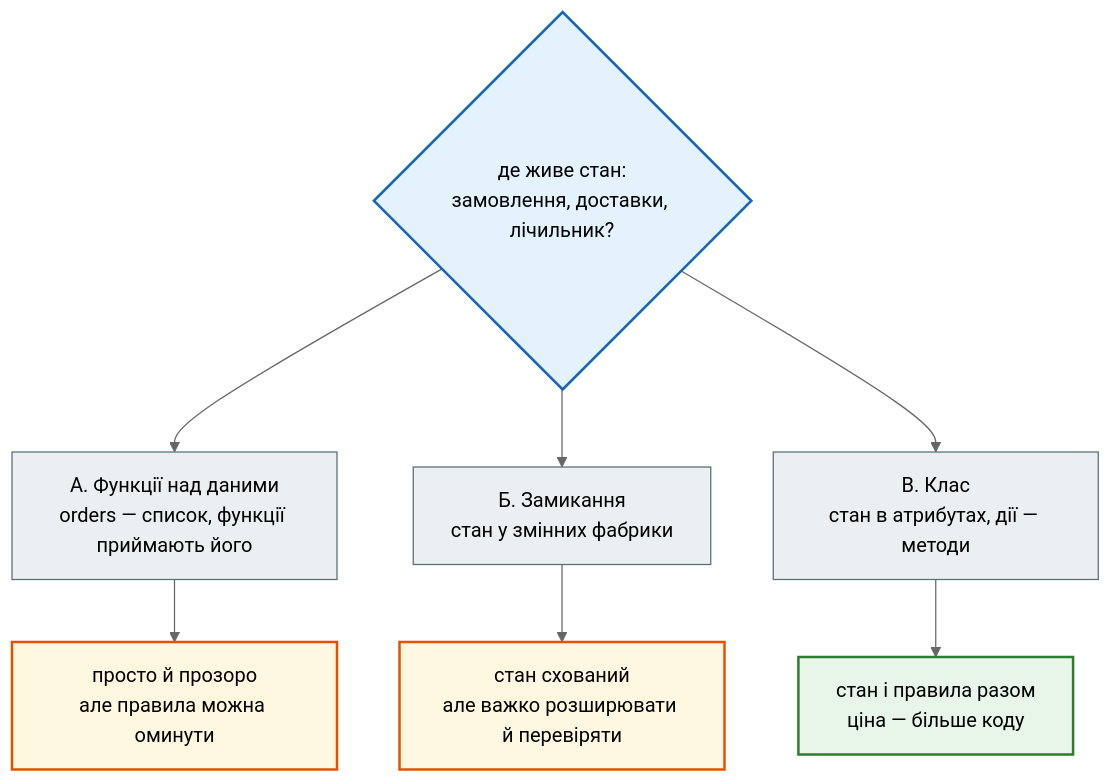
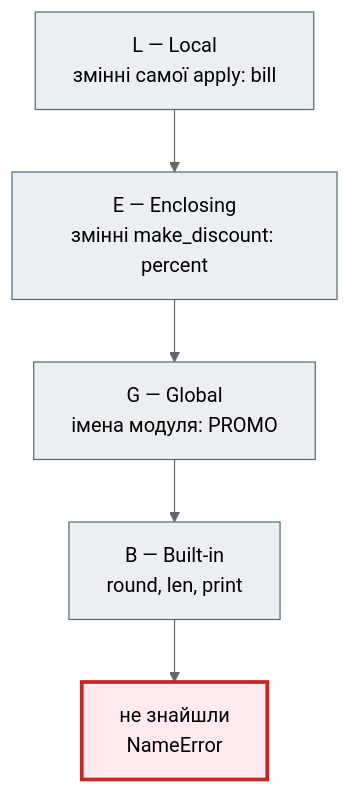
One commit to AlinaRadchenko/PY-Course-Victor-Nikoriak-22-09-2026 changed the first of 2 diagrams in docs/modules/m2/lesson_19.md. Above: the diagram before and after it, drawn with Mermaid (neutral theme). The commit also changed other lines of this file and 1846 other files, not shown here.

````diff
--- a/docs/modules/m2/lesson_19.md
+++ b/docs/modules/m2/lesson_19.md
@@ -408,21 +283,16 @@
 ```mermaid
 flowchart TD
     classDef step     fill:#eceff1,stroke:#546e7a,stroke-width:1px;
     classDef decision fill:#e3f2fd,stroke:#1565c0,stroke-width:2px;
     classDef success  fill:#e8f5e9,stroke:#2e7d32,stroke-width:2px;
     classDef error    fill:#ffebee,stroke:#c62828,stroke-width:3px;
     classDef warning  fill:#fff8e1,stroke:#e65100,stroke-width:2px;
 
-    Q{"де живе стан:<br>замовлення, доставки, лічильник?"}
-    Q --> A["А. Функції над даними<br>orders — список, функції приймають його"]
-    Q --> B["Б. Замикання<br>стан у змінних фабрики"]
-    Q --> C["В. Клас<br>стан в атрибутах, дії — методи"]
-    A --> A1["просто й прозоро<br>але правила можна оминути"]
-    B --> B1["стан схований<br>але важко розширювати й перевіряти"]
-    C --> C1["стан і правила разом<br>ціна — більше коду"]
+    L["L — Local<br>змінні самої apply: bill"] --> E["E — Enclosing<br>змінні make_discount: percent"]
+    E --> G["G — Global<br>імена модуля: PROMO"]
+    G --> B["B — Built-in<br>round, len, print"]
+    B --> X["не знайшли<br>NameError"]
 
-    class Q decision
-    class A,B,C step
-    class A1,B1 warning
-    class C1 success
+    class L,E,G,B step
+    class X error
 ```
````
